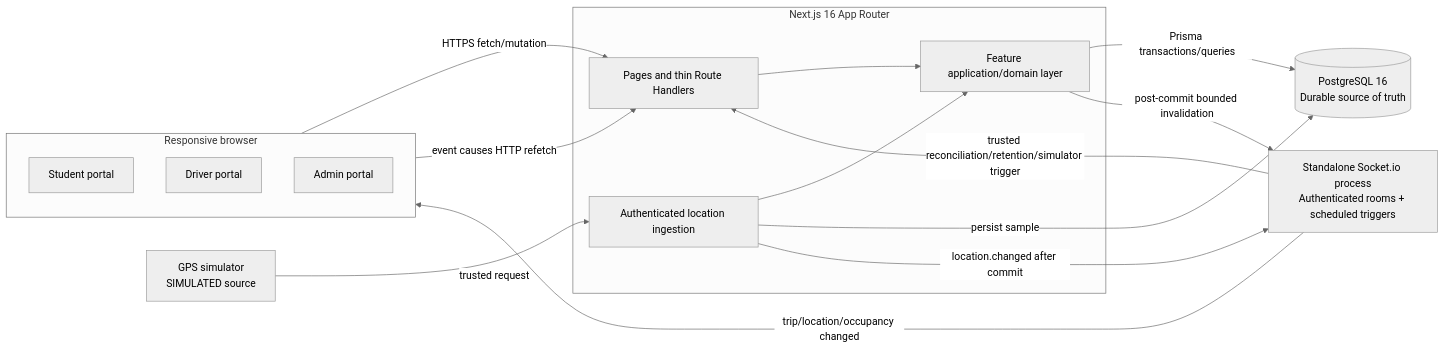
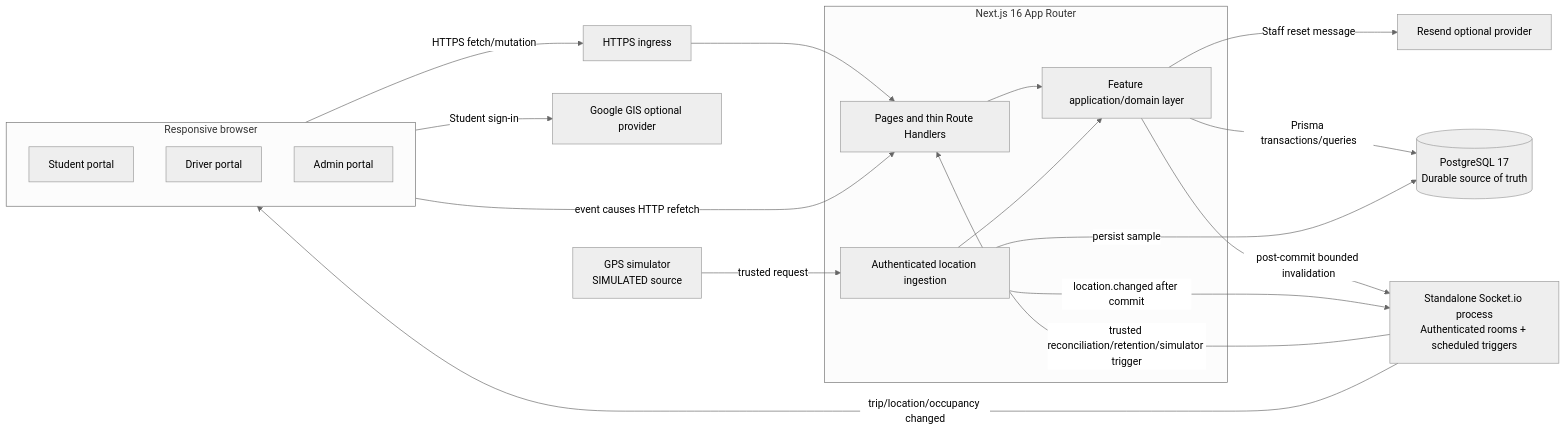
Before and after one commit to LeeJiaChe/FYP: the first of 2 diagrams in framework/FINAL_RUNTIME_ARCHITECTURE.md, drawn with Mermaid (neutral theme). The commit also changed other lines of this file and 19 other files, not shown here.

````diff
--- a/framework/FINAL_RUNTIME_ARCHITECTURE.md
+++ b/framework/FINAL_RUNTIME_ARCHITECTURE.md
@@ -3,30 +3,36 @@
 ```mermaid
 flowchart LR
   subgraph Browser[Responsive browser]
     Student[Student portal]
     Driver[Driver portal]
     Admin[Admin portal]
   end
 
   subgraph Next[Next.js 16 App Router]
     HTTP[Pages and thin Route Handlers]
     Features[Feature application/domain layer]
     Ingest[Authenticated location ingestion]
   end
 
-  DB[(PostgreSQL 16\nDurable source of truth)]
+  DB[(PostgreSQL 17\nDurable source of truth)]
+  Edge[HTTPS ingress]
+  GIS[Google GIS optional provider]
+  Mail[Resend optional provider]
   RT[Standalone Socket.io process\nAuthenticated rooms + scheduled triggers]
   Sim[GPS simulator\nSIMULATED source]
 
-  Browser -->|HTTPS fetch/mutation| HTTP
+  Browser -->|HTTPS fetch/mutation| Edge
+  Edge --> HTTP
+  Browser -->|Student sign-in| GIS
+  Features -->|Staff reset message| Mail
   HTTP --> Features
   Features -->|Prisma transactions/queries| DB
   Features -->|post-commit bounded invalidation| RT
   RT -->|trip/location/occupancy changed| Browser
   Browser -->|event causes HTTP refetch| HTTP
   Sim -->|trusted request| Ingest
   Ingest --> Features
   Ingest -->|persist sample| DB
   Ingest -->|location.changed after commit| RT
   RT -->|trusted reconciliation/retention/simulator trigger| HTTP
 ```
````
